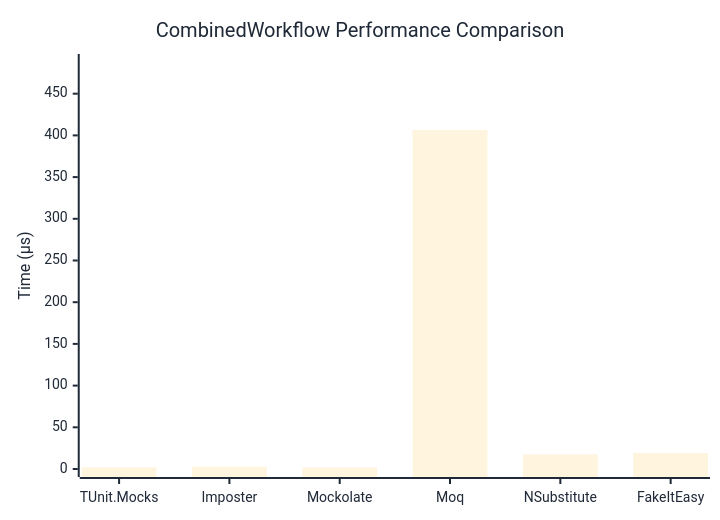
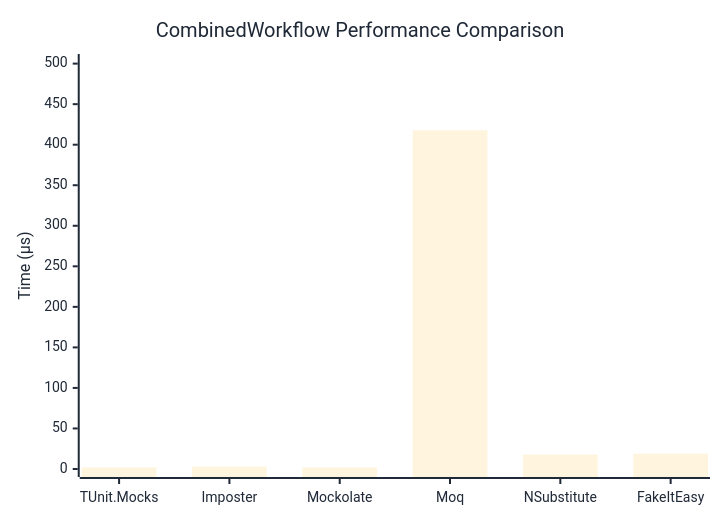
Before and after one commit to thomhurst/TUnit: the diagram in docs/docs/benchmarks/mocks/CombinedWorkflow.md, drawn with Mermaid. The commit also changed other lines of this file and 14 other files, not shown here.

````diff
--- a/docs/docs/benchmarks/mocks/CombinedWorkflow.md
+++ b/docs/docs/benchmarks/mocks/CombinedWorkflow.md
@@ -30,27 +30,27 @@
 ```mermaid
 %%{init: {
   'theme':'base',
   'themeVariables': {
     'primaryColor': '#2563eb',
     'primaryTextColor': '#1f2937',
     'primaryBorderColor': '#1e40af',
     'lineColor': '#6b7280',
     'secondaryColor': '#7c3aed',
     'tertiaryColor': '#dc2626',
     'background': '#ffffff',
     'pie1': '#2563eb',
     'pie2': '#7c3aed',
     'pie3': '#dc2626',
     'pie4': '#f59e0b',
     'pie5': '#10b981',
     'pie6': '#06b6d4',
     'pie7': '#ec4899',
     'pie8': '#6366f1'
   }
 }}%%
 xychart-beta
   title "CombinedWorkflow Performance Comparison"
   x-axis ["TUnit.Mocks", "Imposter", "Mockolate", "Moq", "NSubstitute", "FakeItEasy"]
-  y-axis "Time (μs)" 0 --> 488
-  bar [1.884, 2.699, 1.817, 406.475, 17.508, 19.214]
+  y-axis "Time (μs)" 0 --> 502
+  bar [1.931, 2.865, 1.896, 417.831, 17.856, 18.856]
 ```
````
